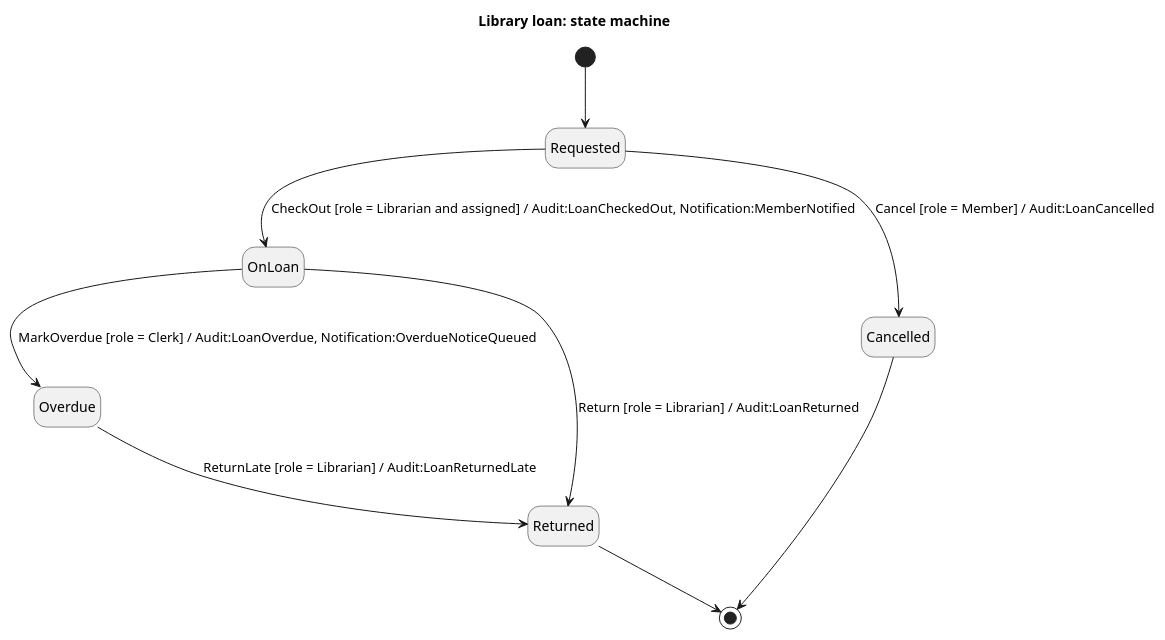
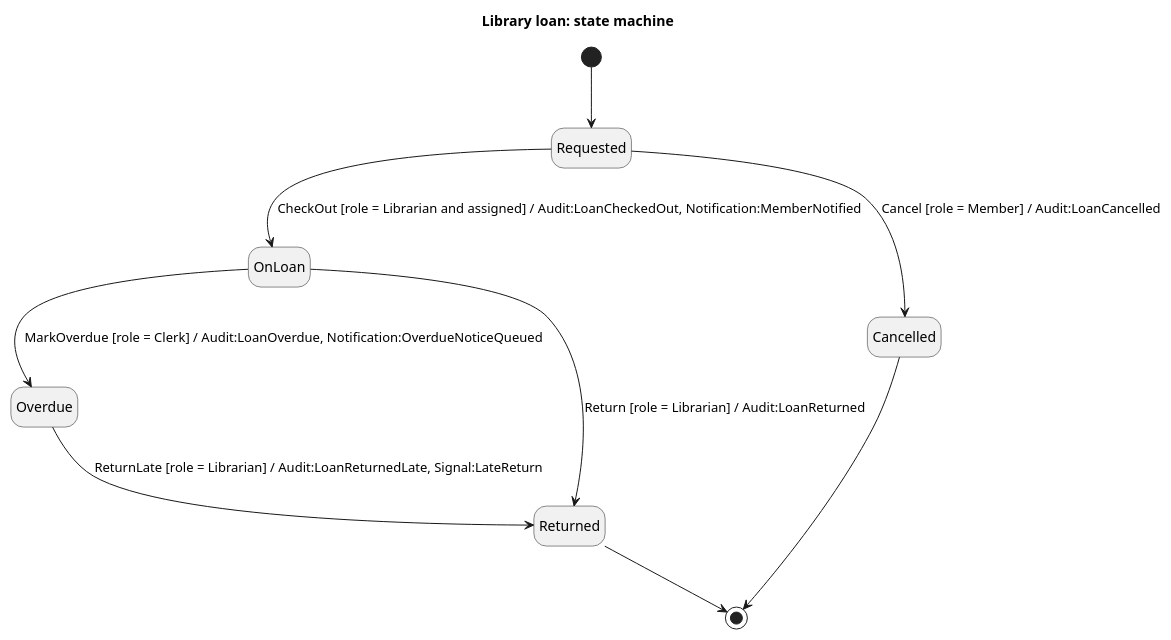
Before and after one commit to 45ck/eija-studio: the first of 3 diagrams in verification/interop/generated/library-loan.puml, drawn with PlantUML. The commit also changed other lines of this file and 98 other files, not shown here.

```diff
--- a/verification/interop/generated/library-loan.puml
+++ b/verification/interop/generated/library-loan.puml
@@ -3,17 +3,17 @@
 @startuml library-loan-states
 title Library loan: state machine
 hide empty description
 state Requested
 state OnLoan
 state Overdue
 state Returned
 state Cancelled
 [*] --> Requested
 Requested --> Cancelled : Cancel [role = Member] / Audit:LoanCancelled
 Requested --> OnLoan : CheckOut [role = Librarian and assigned] / Audit:LoanCheckedOut, Notification:MemberNotified
 OnLoan --> Overdue : MarkOverdue [role = Clerk] / Audit:LoanOverdue, Notification:OverdueNoticeQueued
 OnLoan --> Returned : Return [role = Librarian] / Audit:LoanReturned
-Overdue --> Returned : ReturnLate [role = Librarian] / Audit:LoanReturnedLate
+Overdue --> Returned : ReturnLate [role = Librarian] / Audit:LoanReturnedLate, Signal:LateReturn
 Returned --> [*]
 Cancelled --> [*]
 @enduml
```
